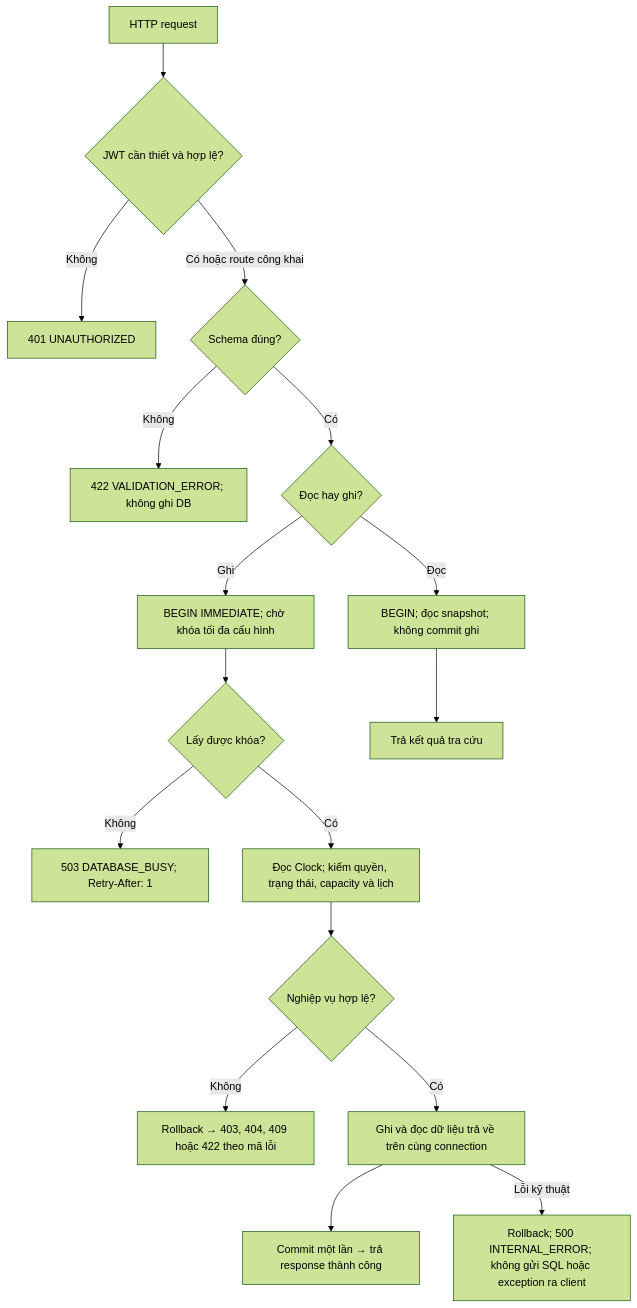
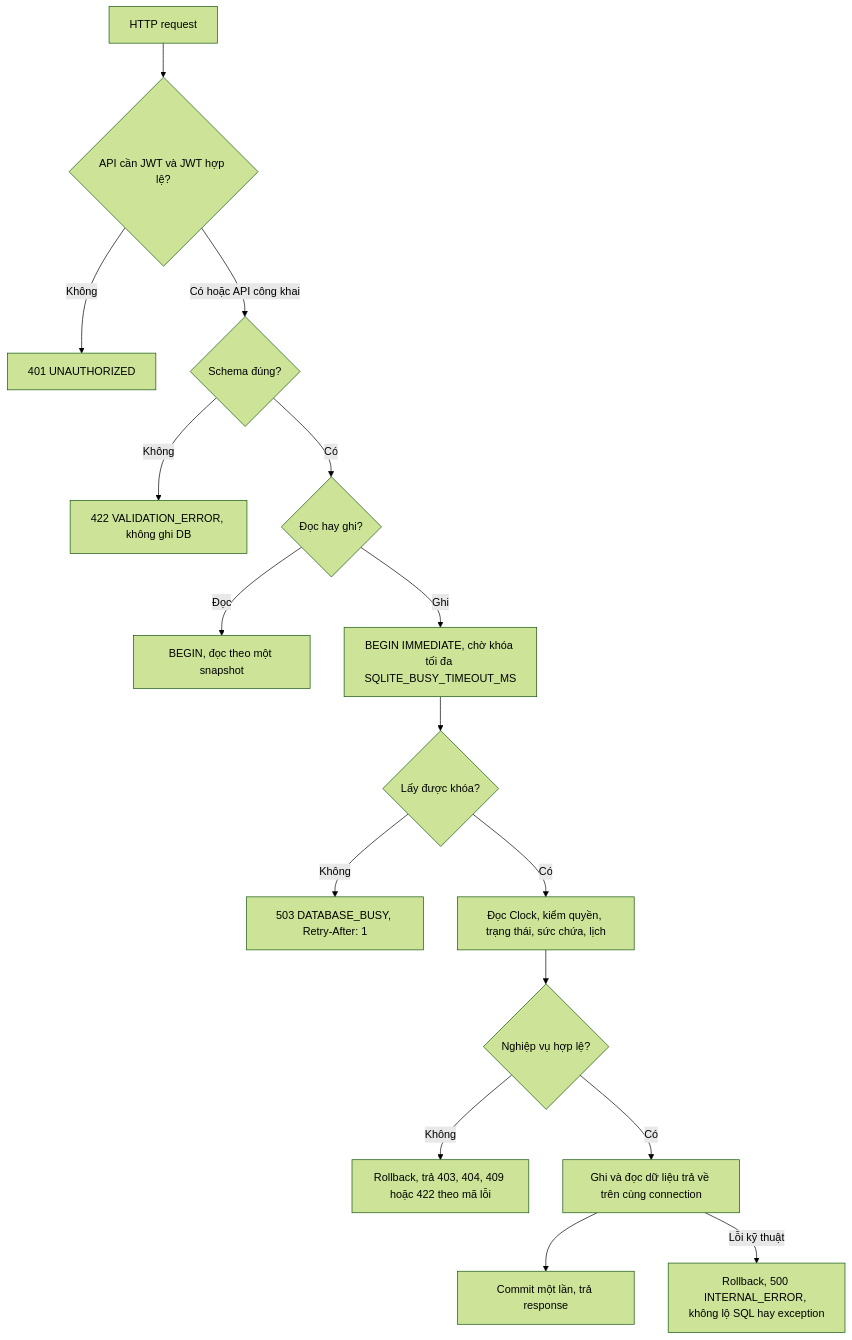
The sixth of 6 diagrams in docs/tuan-2-xay-dung/luong-nghiep-vu.md (datdooo/matchmate-backend), drawn with Mermaid (forest theme) before and after one commit. The commit also changed other lines of this file and 5 other files, not shown here.

````diff
--- a/docs/tuan-2-xay-dung/luong-nghiep-vu.md
+++ b/docs/tuan-2-xay-dung/luong-nghiep-vu.md
@@ -183,19 +177,18 @@
 ```mermaid
 flowchart TD
-    A["HTTP request"] --> B{"JWT cần thiết và hợp lệ?"}
+    A["HTTP request"] --> B{"API cần JWT và JWT hợp lệ?"}
     B -->|Không| C["401 UNAUTHORIZED"]
-    B -->|Có hoặc route công khai| D{"Schema đúng?"}
-    D -->|Không| E["422 VALIDATION_ERROR; không ghi DB"]
+    B -->|Có hoặc API công khai| D{"Schema đúng?"}
+    D -->|Không| E["422 VALIDATION_ERROR, không ghi DB"]
     D -->|Có| F{"Đọc hay ghi?"}
-    F -->|Đọc| G["BEGIN; đọc snapshot; không commit ghi"]
-    F -->|Ghi| H["BEGIN IMMEDIATE; chờ khóa tối đa cấu hình"]
+    F -->|Đọc| G["BEGIN, đọc theo một snapshot"]
+    F -->|Ghi| H["BEGIN IMMEDIATE, chờ khóa tối đa SQLITE_BUSY_TIMEOUT_MS"]
     H --> I{"Lấy được khóa?"}
-    I -->|Không| J["503 DATABASE_BUSY; Retry-After: 1"]
-    I -->|Có| K["Đọc Clock; kiểm quyền, trạng thái, capacity và lịch"]
+    I -->|Không| J["503 DATABASE_BUSY, Retry-After: 1"]
+    I -->|Có| K["Đọc Clock, kiểm quyền, trạng thái, sức chứa, lịch"]
     K --> L{"Nghiệp vụ hợp lệ?"}
-    L -->|Không| M["Rollback → 403, 404, 409 hoặc 422 theo mã lỗi"]
+    L -->|Không| M["Rollback, trả 403, 404, 409 hoặc 422 theo mã lỗi"]
     L -->|Có| N["Ghi và đọc dữ liệu trả về trên cùng connection"]
-    N --> O["Commit một lần → trả response thành công"]
-    G --> P["Trả kết quả tra cứu"]
-    N -->|Lỗi kỹ thuật| Q["Rollback; 500 INTERNAL_ERROR; không gửi SQL hoặc exception ra client"]
+    N --> O["Commit một lần, trả response"]
+    N -->|Lỗi kỹ thuật| P["Rollback, 500 INTERNAL_ERROR, không lộ SQL hay exception"]
 ```
````
